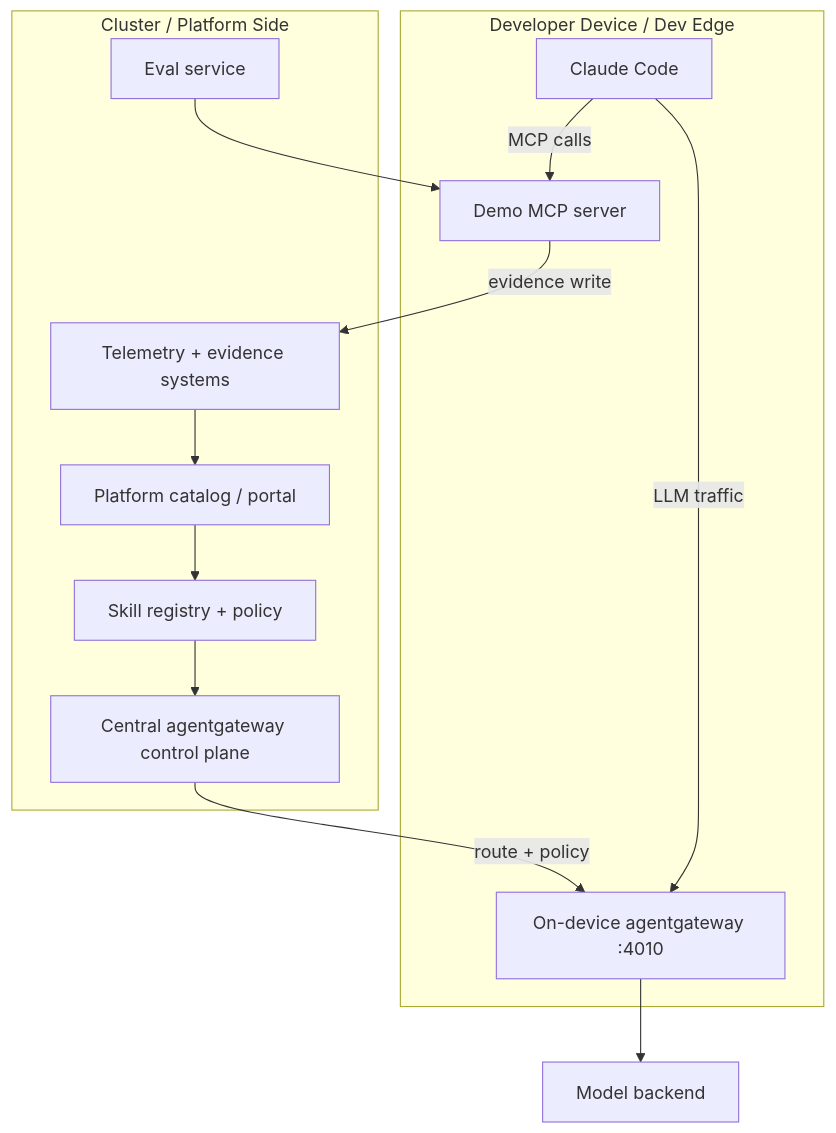
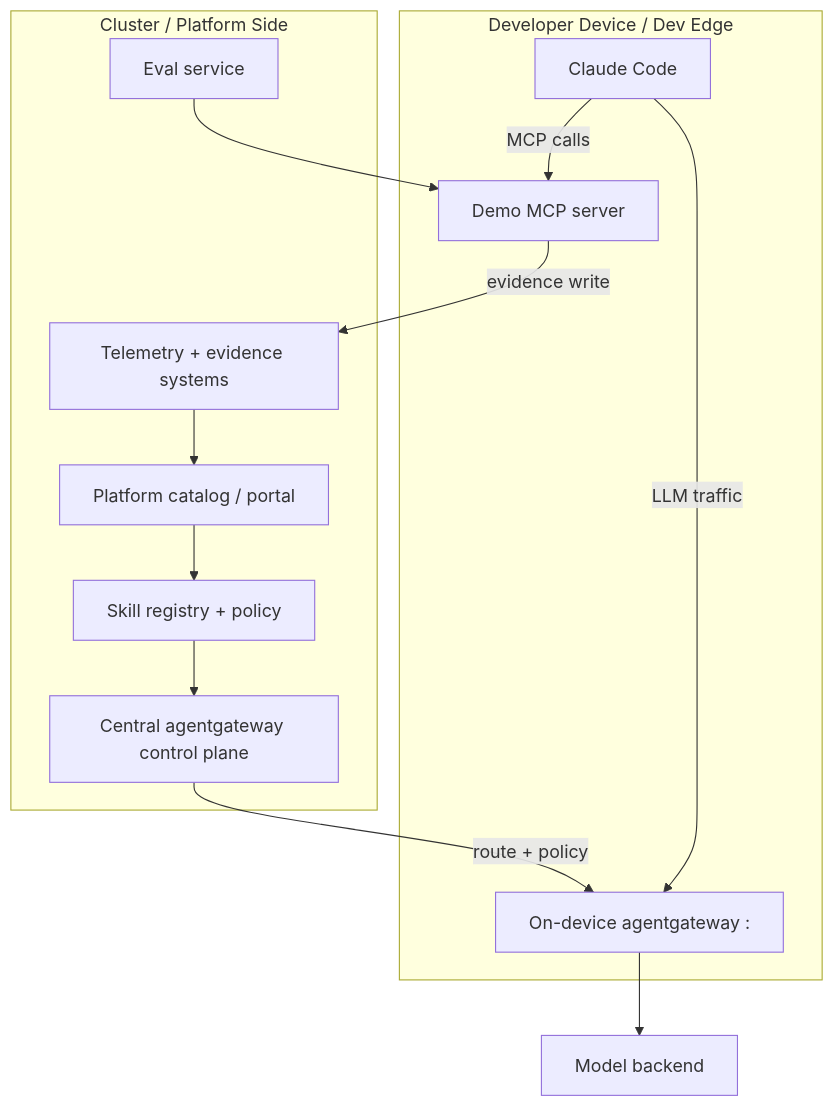
Before and after one commit to thiago4go/ai-native-platform-engineering: the second of 6 diagrams in docs/diagrams.md, drawn with Mermaid. The commit also changed other lines of this file and 11 other files, not shown here.

Commit message:
docs: remove local gateway port assumptions

````diff
--- a/docs/diagrams.md
+++ b/docs/diagrams.md
@@ -30,29 +30,29 @@
 ```mermaid
 flowchart TB
     subgraph cluster["Cluster / Platform Side"]
         catalog["Platform catalog / portal"]
         skillRegistry["Skill registry + policy"]
         centralGateway["Central agentgateway control plane"]
         evals["Eval service"]
         telemetry["Telemetry + evidence systems"]
     end
 
     subgraph device["Developer Device / Dev Edge"]
         claude["Claude Code"]
         mcp["Demo MCP server"]
-        edgeGateway["On-device agentgateway :4010"]
+        edgeGateway["On-device agentgateway :<port>"]
     end
 
     backend["Model backend"]
 
     catalog --> skillRegistry
     skillRegistry --> centralGateway
     centralGateway -- "route + policy" --> edgeGateway
     evals --> mcp
     telemetry --> catalog
 
     claude -- "MCP calls" --> mcp
     claude -- "LLM traffic" --> edgeGateway
     edgeGateway --> backend
     mcp -- "evidence write" --> telemetry
 ```
````
